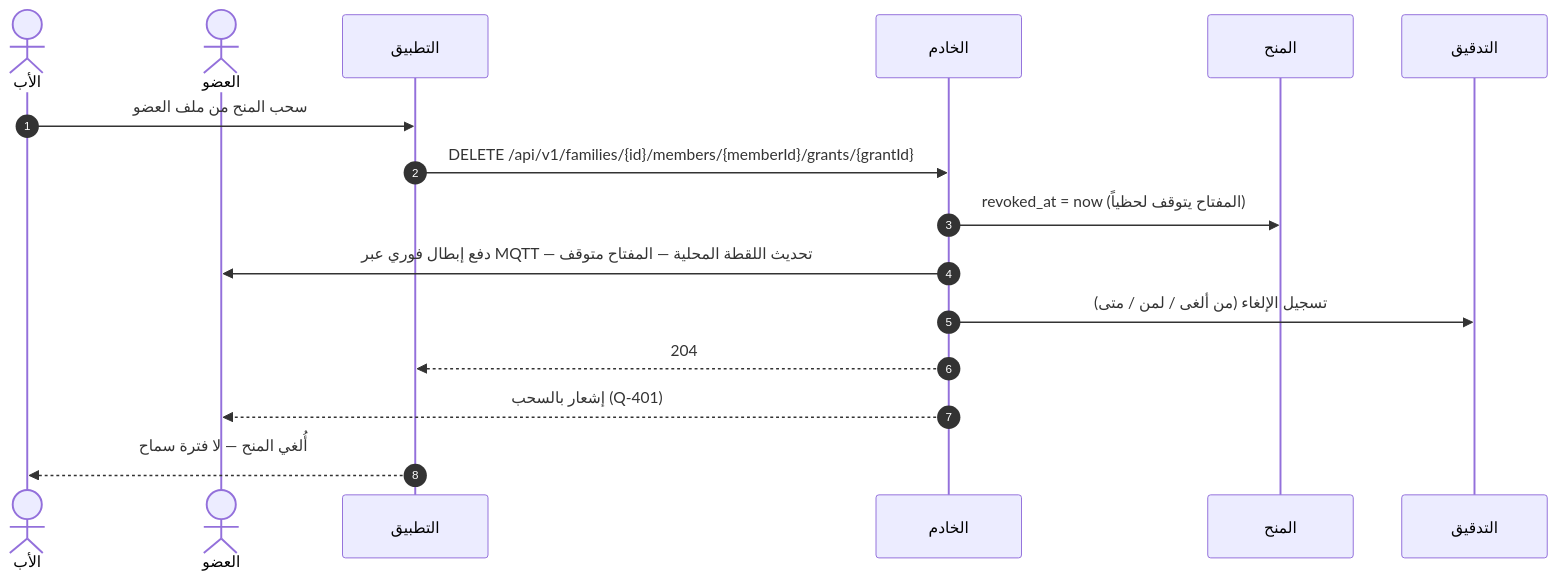
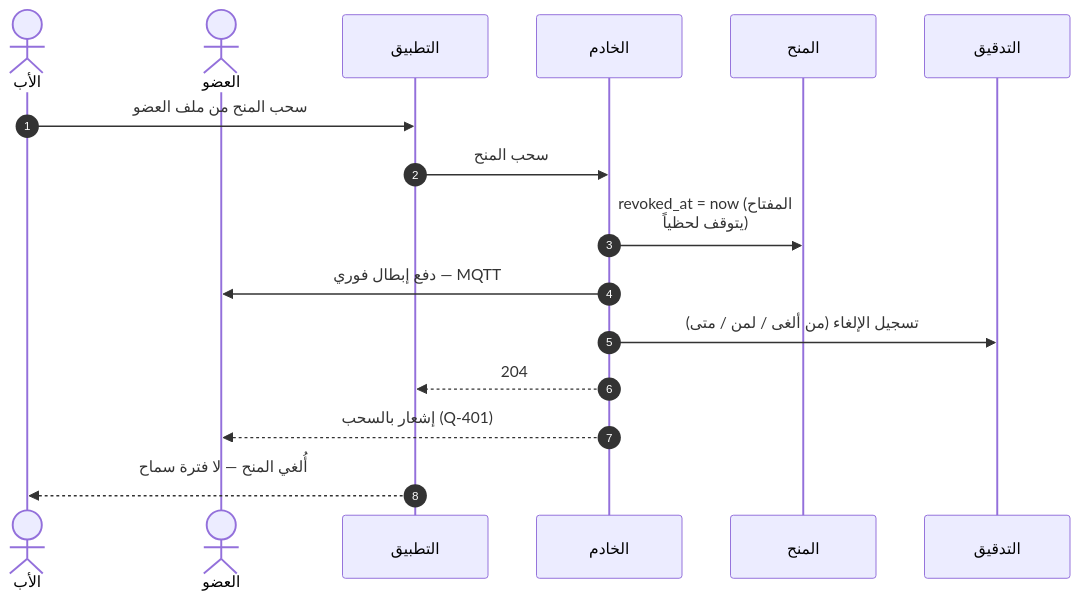
Before and after one commit to Bassam-mohammed-alqaeadi/family-os-v2: the ninth of 39 diagrams in docs/family-os/governance/phases/phase-1/S1-03-family-roles-and-permissions/DIAGRAMS.md, drawn with Mermaid. The commit also changed other lines of this file, not shown here.

````diff
--- a/docs/family-os/governance/phases/phase-1/S1-03-family-roles-and-permissions/DIAGRAMS.md
+++ b/docs/family-os/governance/phases/phase-1/S1-03-family-roles-and-permissions/DIAGRAMS.md
@@ -424,18 +465,19 @@
 ```mermaid
+%%{init: {"sequence": {"wrap": true}}}%%
 sequenceDiagram
     autonumber
     actor Father as الأب
     actor Member as العضو
     participant App as التطبيق
     participant Ktor as الخادم
     participant Grants as المنح
     participant Audit as التدقيق
     Father->>App: سحب المنح من ملف العضو
-    App->>Ktor: DELETE /api/v1/families/{id}/members/{memberId}/grants/{grantId}
+    App->>Ktor: سحب المنح
     Ktor->>Grants: revoked_at = now (المفتاح يتوقف لحظياً)
-    Ktor->>Member: دفع إبطال فوري عبر MQTT — تحديث اللقطة المحلية — المفتاح متوقف
+    Ktor->>Member: دفع إبطال فوري — MQTT
     Ktor->>Audit: تسجيل الإلغاء (من ألغى / لمن / متى)
     Ktor-->>App: 204
     Ktor-->>Member: إشعار بالسحب (Q-401)
     App-->>Father: أُلغي المنح — لا فترة سماح
 ```
````
